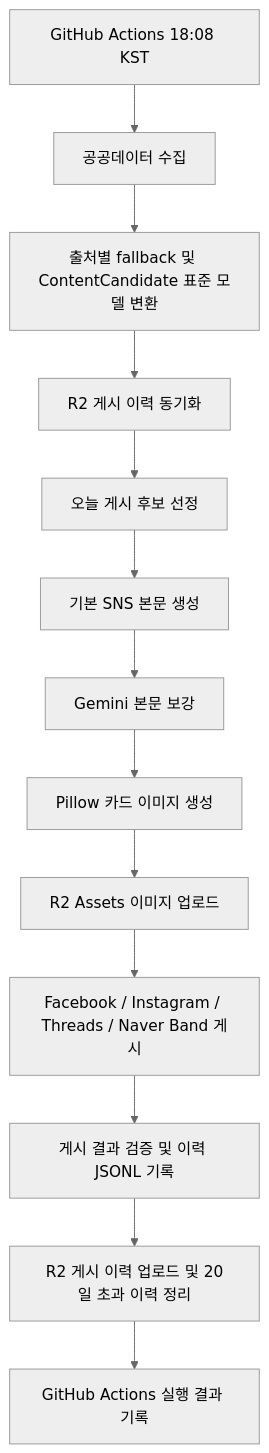
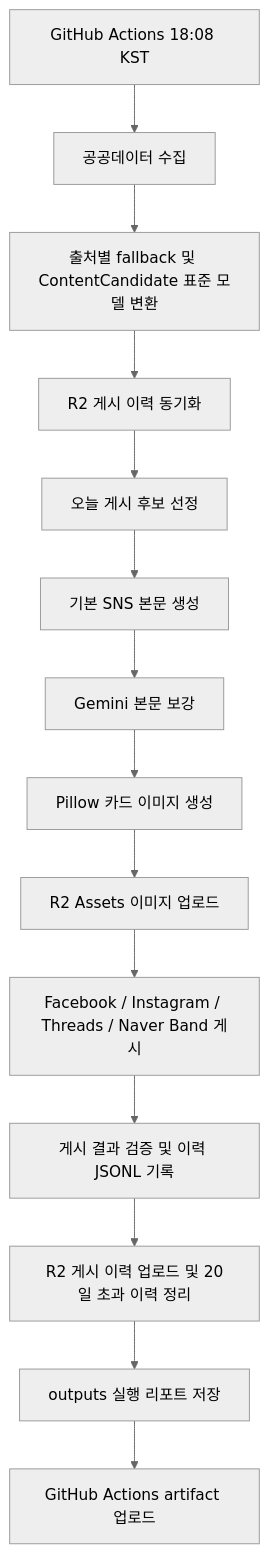
Before and after one commit to lhjunkr/public-data-automation: the diagram in README.md, drawn with Mermaid (neutral theme). The commit also changed other lines of this file and 7 other files, not shown here.

````diff
--- a/README.md
+++ b/README.md
@@ -52,15 +53,16 @@
 ```mermaid
 flowchart TD
     A["GitHub Actions 18:08 KST"] --> B["공공데이터 수집"]
     B --> C["출처별 fallback 및 ContentCandidate 표준 모델 변환"]
     C --> D["R2 게시 이력 동기화"]
     D --> E["오늘 게시 후보 선정"]
     E --> F["기본 SNS 본문 생성"]
     F --> G["Gemini 본문 보강"]
     G --> H["Pillow 카드 이미지 생성"]
     H --> I["R2 Assets 이미지 업로드"]
     I --> J["Facebook / Instagram / Threads / Naver Band 게시"]
     J --> K["게시 결과 검증 및 이력 JSONL 기록"]
     K --> L["R2 게시 이력 업로드 및 20일 초과 이력 정리"]
-    L --> M["GitHub Actions 실행 결과 기록"]
+    L --> M["outputs 실행 리포트 저장"]
+    M --> N["GitHub Actions artifact 업로드"]
 ```
````
